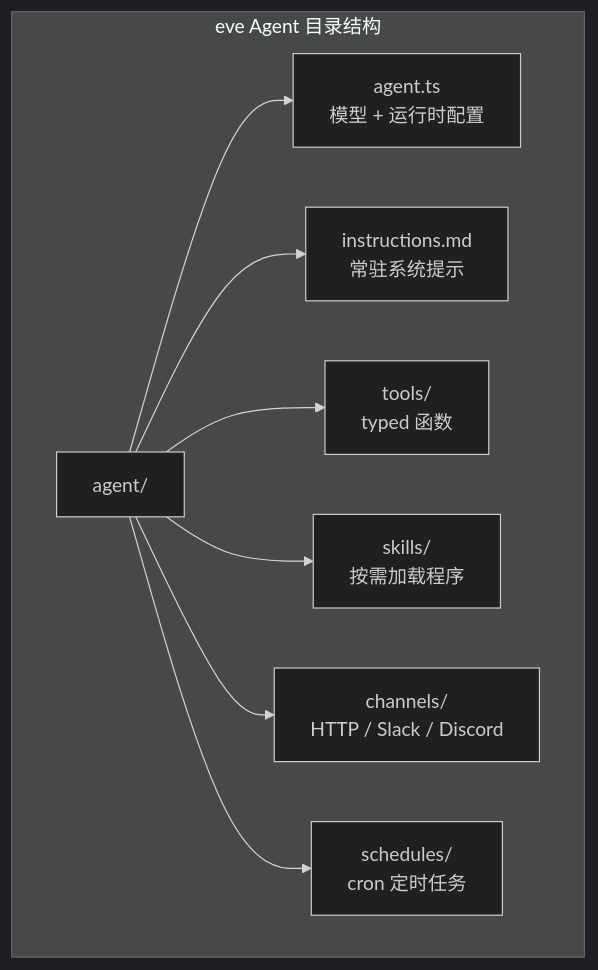
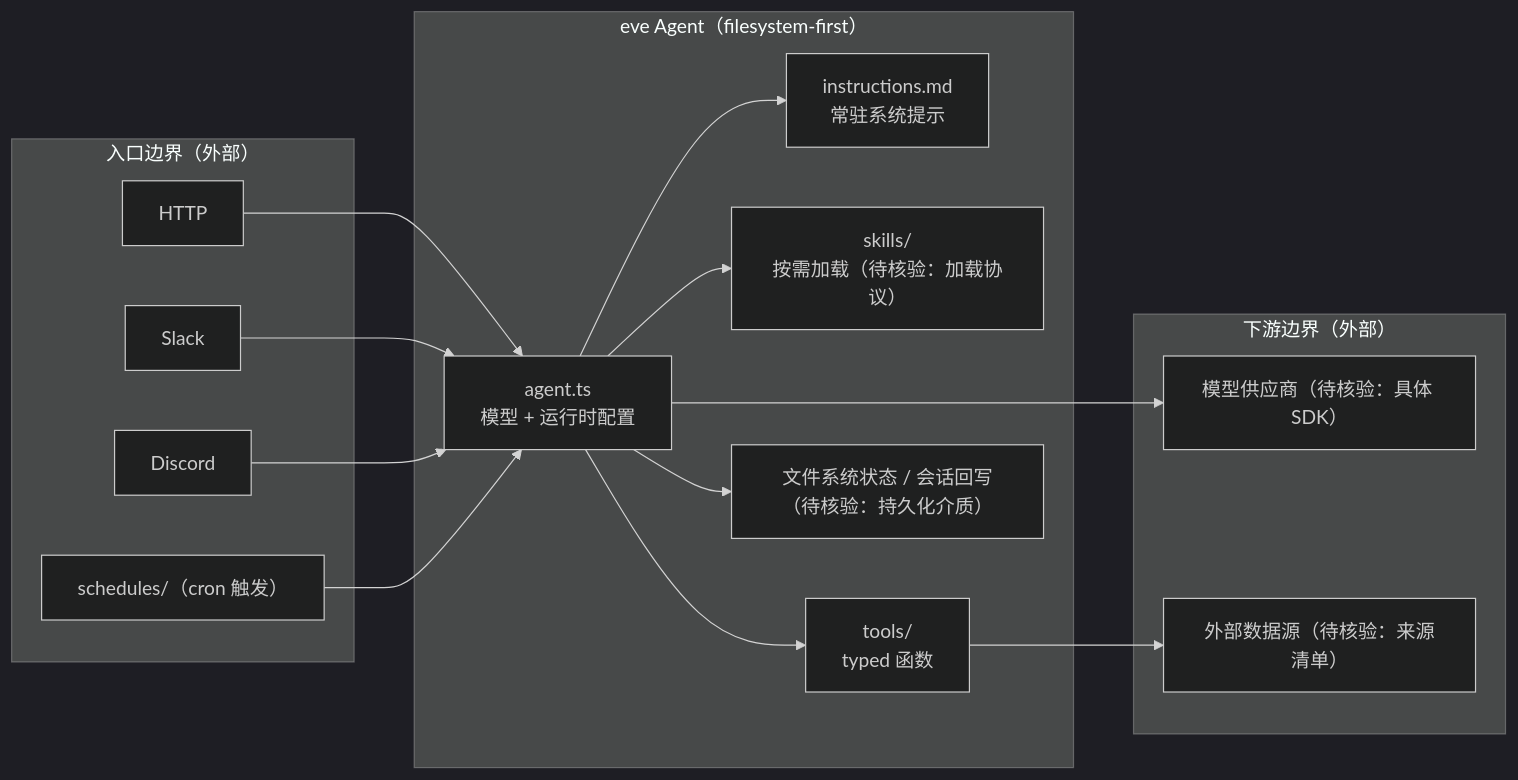
One commit to aiutil/github-researcher changed the diagram in projects/vercel-eve.md. Above: the diagram before and after it, drawn with Mermaid (dark theme). The commit also changed other lines of this file and 939 other files, not shown here.

Commit message:
feat: add architect briefs and Mermaid project maps

````diff
--- a/projects/vercel-eve.md
+++ b/projects/vercel-eve.md
@@ -48,11 +61,30 @@
 ```mermaid
-graph TD
-    subgraph "eve Agent 目录结构"
-        A["agent/"] --> AT["agent.ts<br/>模型 + 运行时配置"]
-        A --> AI["instructions.md<br/>常驻系统提示"]
-        A --> AT2["tools/<br/>typed 函数"]
-        A --> AS["skills/<br/>按需加载程序"]
-        A --> AC["channels/<br/>HTTP / Slack / Discord"]
-        A --> AS2["schedules/<br/>cron 定时任务"]
+flowchart LR
+    subgraph Entry["入口边界（外部）"]
+        HTTP["HTTP"]
+        Slack["Slack"]
+        Discord["Discord"]
+        Cron["schedules/（cron 触发）"]
     end
+    subgraph Eve["eve Agent（filesystem-first）"]
+        Agent["agent.ts<br/>模型 + 运行时配置"]
+        Instr["instructions.md<br/>常驻系统提示"]
+        Skills["skills/<br/>按需加载（待核验：加载协议）"]
+        Tools["tools/<br/>typed 函数"]
+        State["文件系统状态 / 会话回写（待核验：持久化介质）"]
+    end
+    subgraph Backend["下游边界（外部）"]
+        Model["模型供应商（待核验：具体 SDK）"]
+        Data["外部数据源（待核验：来源清单）"]
+    end
+    HTTP --> Agent
+    Slack --> Agent
+    Discord --> Agent
+    Cron --> Agent
+    Agent --> Instr
+    Agent --> Skills
+    Agent --> Tools
+    Tools --> Data
+    Agent --> Model
+    Agent --> State
 ```
````
